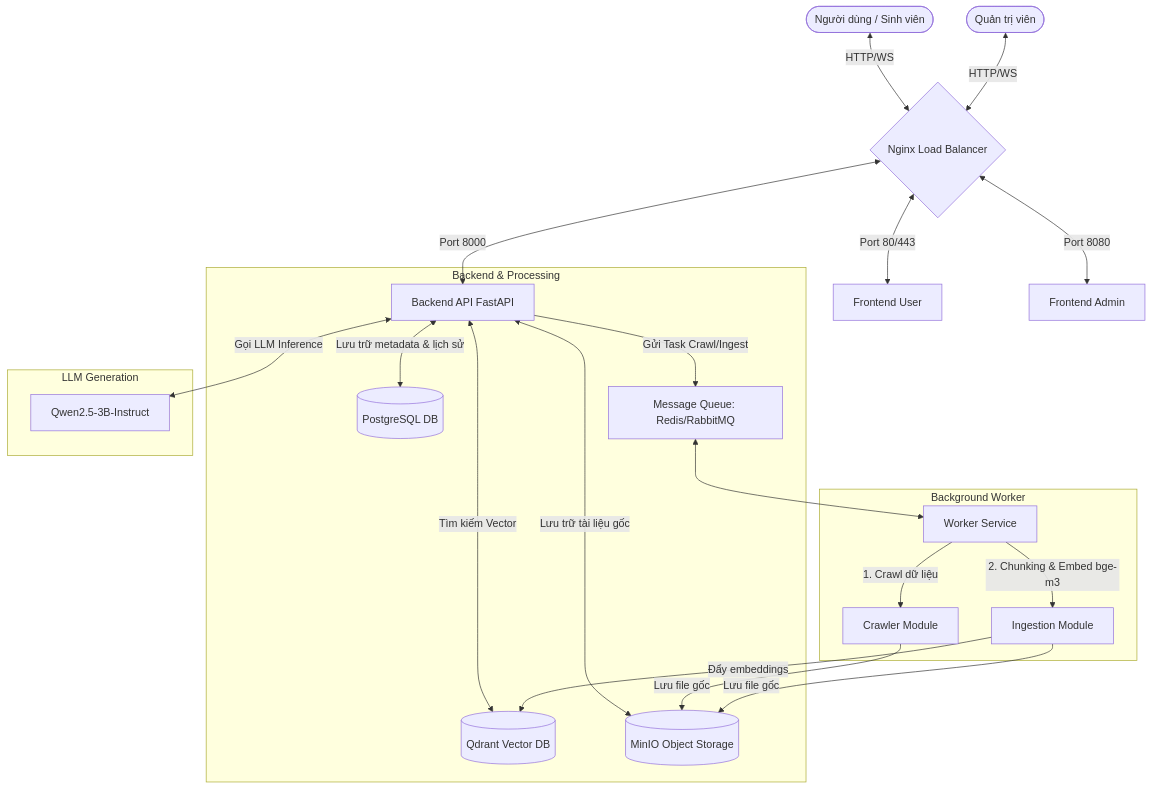
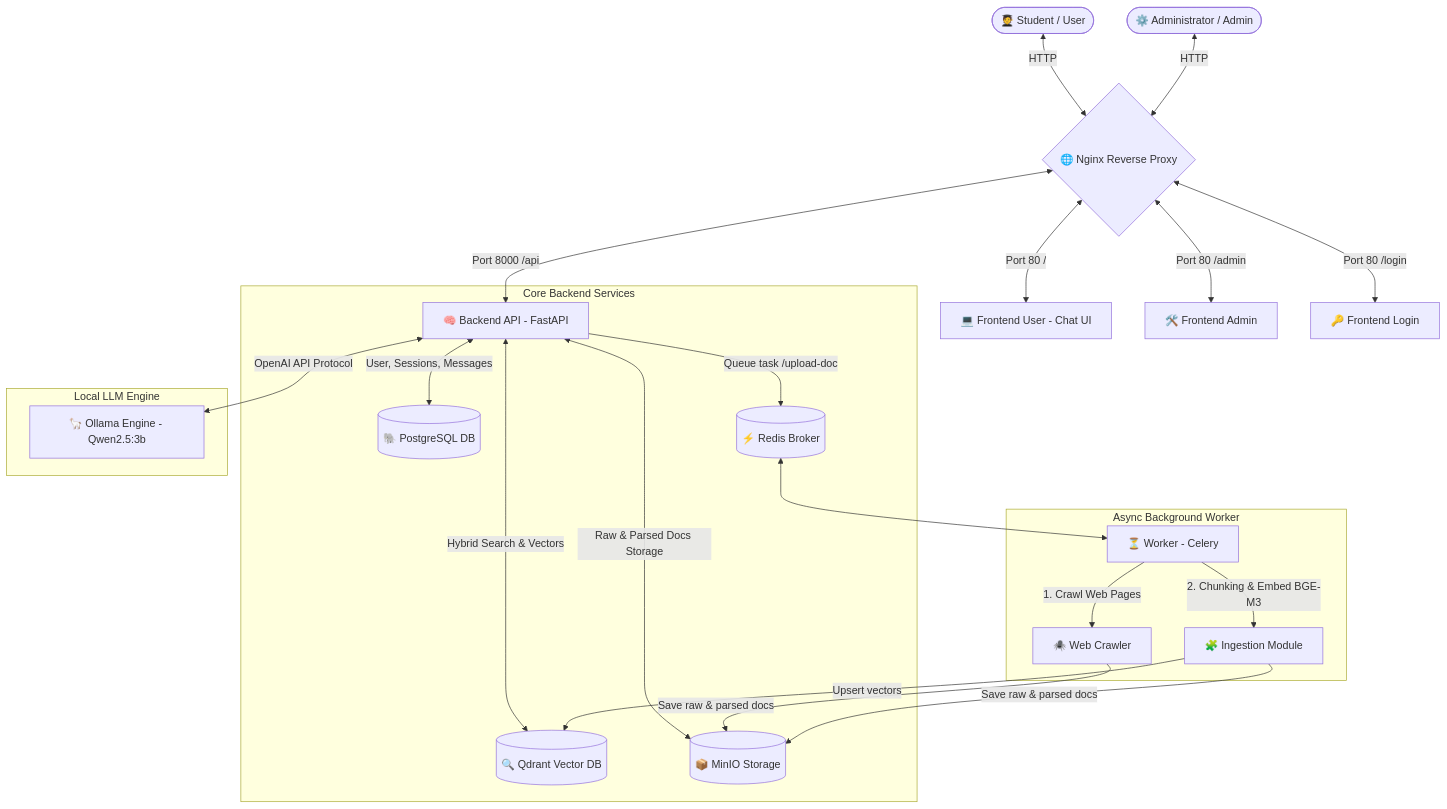
Before and after one commit to TruongDv-006/rag-chatbot-uet: the diagram in README.md, drawn with Mermaid. The commit also changed other lines of this file and 1 other file, not shown here.

Commit message:
docs: overhaul project README and add comprehensive system architecture documentation

````diff
--- a/README.md
+++ b/README.md
@@ -13,28 +151,29 @@
 ```mermaid
 graph TD
-    User([Người dùng / Sinh viên]) <--> |HTTP/WS| Nginx{Nginx Load Balancer}
-    Admin([Quản trị viên]) <--> |HTTP/WS| Nginx
+    User([🧑‍🎓 Student / User]) <--> |HTTP| Nginx{🌐 Nginx Reverse Proxy}
+    Admin([⚙️ Administrator / Admin]) <--> |HTTP| Nginx
 
-    Nginx <--> |Port 80/443| FrontendUser[Frontend User]
-    Nginx <--> |Port 8080| FrontendAdmin[Frontend Admin]
-    Nginx <--> |Port 8000| BackendAPI[Backend API FastAPI]
+    Nginx <--> |Port 80 /| FrontendUser[💻 Frontend User - Chat UI]
+    Nginx <--> |Port 80 /admin| FrontendAdmin[🛠️ Frontend Admin]
+    Nginx <--> |Port 80 /login| FrontendLogin[🔑 Frontend Login]
+    Nginx <--> |Port 8000 /api| BackendAPI[🧠 Backend API - FastAPI]
 
-    subgraph Backend & Processing
-        BackendAPI <--> |Lưu trữ metadata & lịch sử| Postgres[(PostgreSQL DB)]
-        BackendAPI <--> |Tìm kiếm Vector| Qdrant[(Qdrant Vector DB)]
-        BackendAPI <--> |Lưu trữ tài liệu gốc| MinIO[(MinIO Object Storage)]
-        BackendAPI --> |Gửi Task Crawl/Ingest| MQ[Message Queue: Redis/RabbitMQ]
+    subgraph Core Backend Services
+        BackendAPI <--> |User, Sessions, Messages| Postgres[(🐘 PostgreSQL DB)]
+        BackendAPI <--> |Hybrid Search & Vectors| Qdrant[(🔍 Qdrant Vector DB)]
+        BackendAPI <--> |Raw & Parsed Docs Storage| MinIO[(📦 MinIO Storage)]
+        BackendAPI --> |Queue task /upload-doc| Redis[(⚡ Redis Broker)]
     end
 
-    subgraph Background Worker
-        MQ <--> Worker[Worker Service]
-        Worker --> |1. Crawl dữ liệu| Crawler[Crawler Module]
-        Worker --> |2. Chunking & Embed bge-m3| Ingestion[Ingestion Module]
-        Ingestion --> |Đẩy embeddings| Qdrant
-        Crawler & Ingestion --> |Lưu file gốc| MinIO
+    subgraph Async Background Worker
+        Redis <--> Worker[⏳ Worker - Celery]
+        Worker --> |1. Crawl Web Pages| Crawler[🕷️ Web Crawler]
+        Worker --> |2. Chunking & Embed BGE-M3| Ingestion[🧩 Ingestion Module]
+        Ingestion --> |Upsert vectors| Qdrant
+        Crawler & Ingestion --> |Save raw & parsed docs| MinIO
     end
 
-    subgraph LLM Generation
-        BackendAPI <--> |Gọi LLM Inference| LLM[Qwen2.5-3B-Instruct]
+    subgraph Local LLM Engine
+        BackendAPI <--> |OpenAI API Protocol| Ollama[🦙 Ollama Engine - Qwen2.5:3b]
     end
 ```
````
